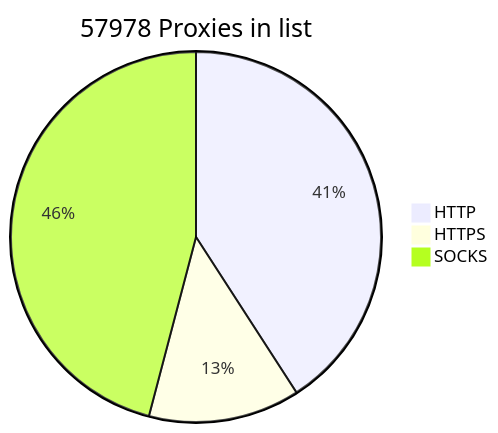
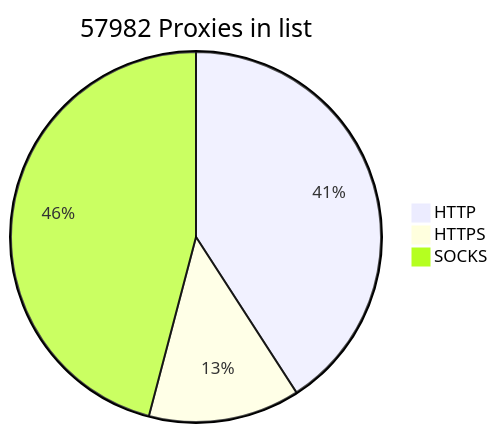
One commit to BlackSnowDot/proxylist-update-every-minute changed the diagram in README.md. Above: the diagram before and after it, drawn with Mermaid.

````diff
--- a/README.md
+++ b/README.md
@@ -2,6 +2,6 @@
 ```mermaid
-pie title 57978 Proxies in list
-    "HTTP" : 26685
-    "HTTPS": 8636
-    "SOCKS" : 29974
+pie title 57982 Proxies in list
+    "HTTP" : 26689
+    "HTTPS": 8638
+    "SOCKS" : 29975
 ```
````
